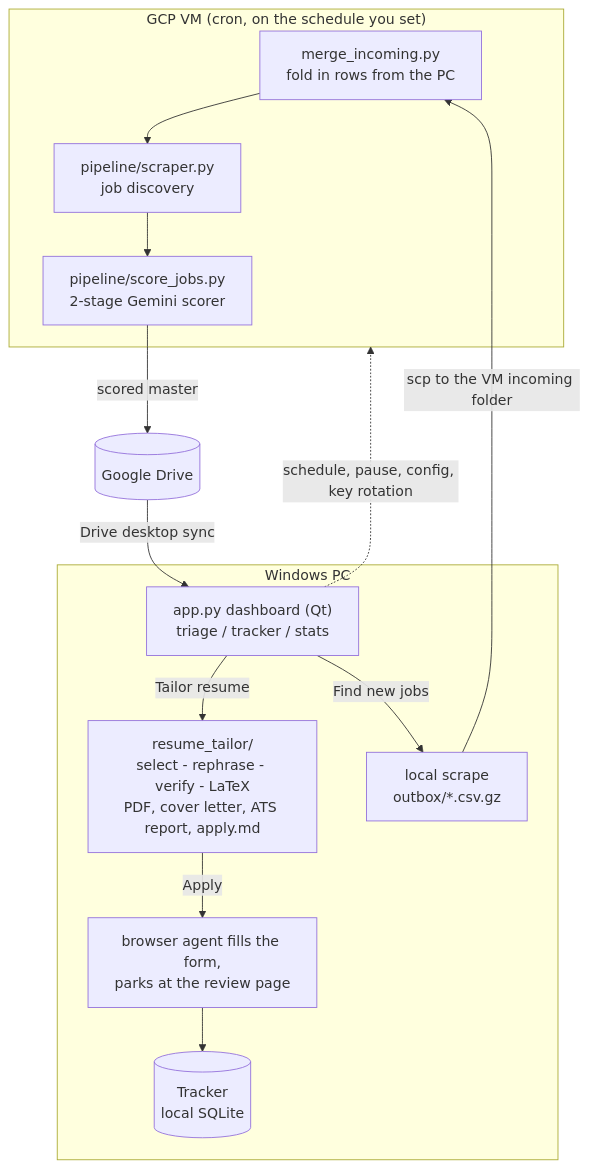
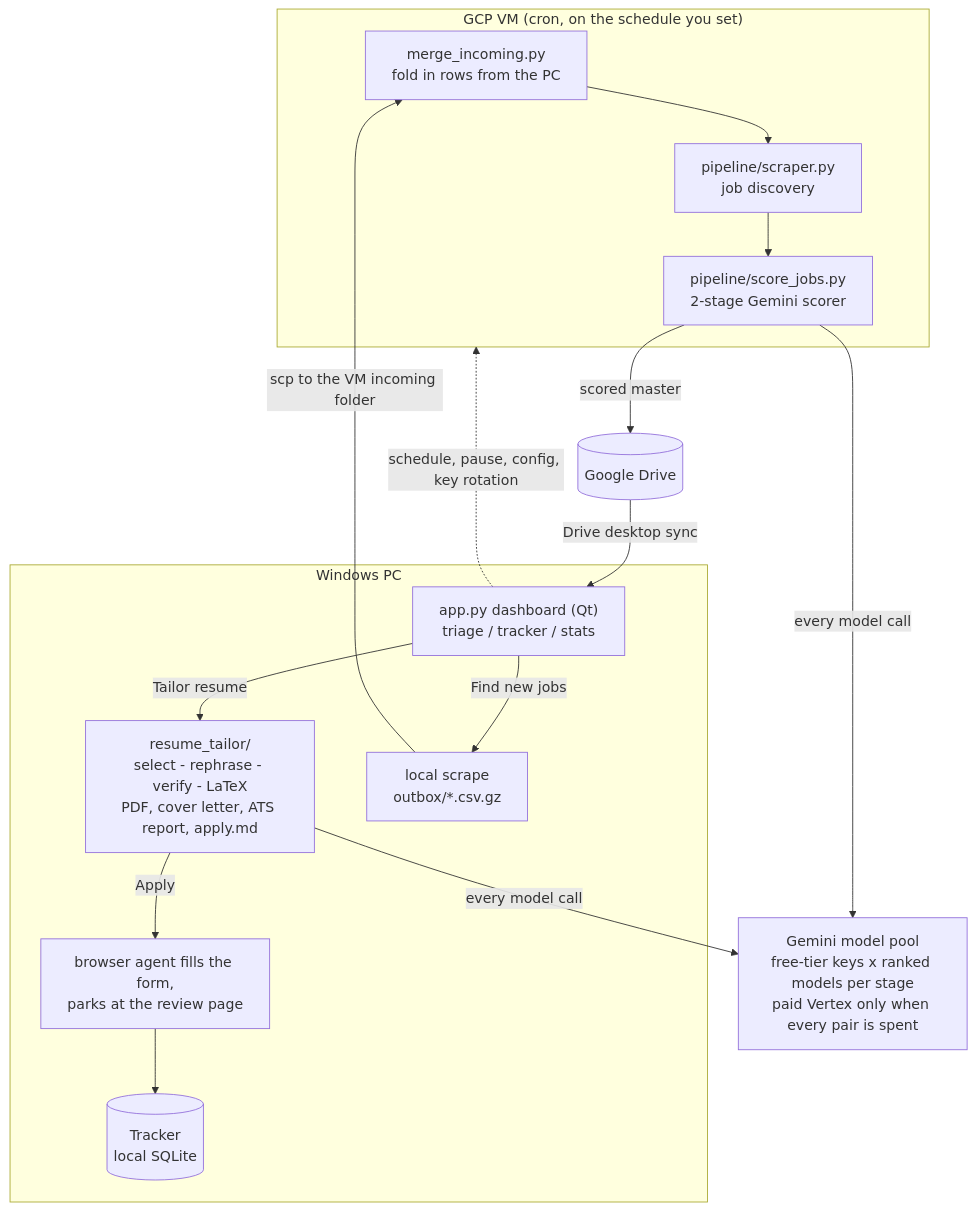
One commit to yib7/INployed changed the first of 2 diagrams in README.md. Above: the diagram before and after it, drawn with Mermaid. The commit also changed other lines of this file and 1 other file, not shown here.

````diff
--- a/README.md
+++ b/README.md
@@ -53,15 +57,16 @@
 ```mermaid
 flowchart TD
     subgraph Cloud["GCP VM (cron, on the schedule you set)"]
         M["merge_incoming.py<br/>fold in rows from the PC"] --> A["pipeline/scraper.py<br/>job discovery"] --> B["pipeline/score_jobs.py<br/>2-stage Gemini scorer"]
     end
     B -->|scored master| C[("Google Drive")]
     C -->|Drive desktop sync| E
     subgraph Desktop["Windows PC"]
         E["app.py dashboard (Qt)<br/>triage / tracker / stats"] -->|Tailor resume| F["resume_tailor/<br/>select - rephrase - verify - LaTeX<br/>PDF, cover letter, ATS report, apply.md"]
         F -->|Apply| H["browser agent fills the form,<br/>parks at the review page"] --> T[("Tracker<br/>local SQLite")]
         E -->|Find new jobs| L["local scrape<br/>outbox/*.csv.gz"]
     end
     L -->|scp to the VM incoming folder| M
     E -.->|schedule, pause, config, key rotation| Cloud
+    B & F -->|every model call| P["Gemini model pool<br/>free-tier keys x ranked models per stage<br/>paid Vertex only when every pair is spent"]
 ```
````
